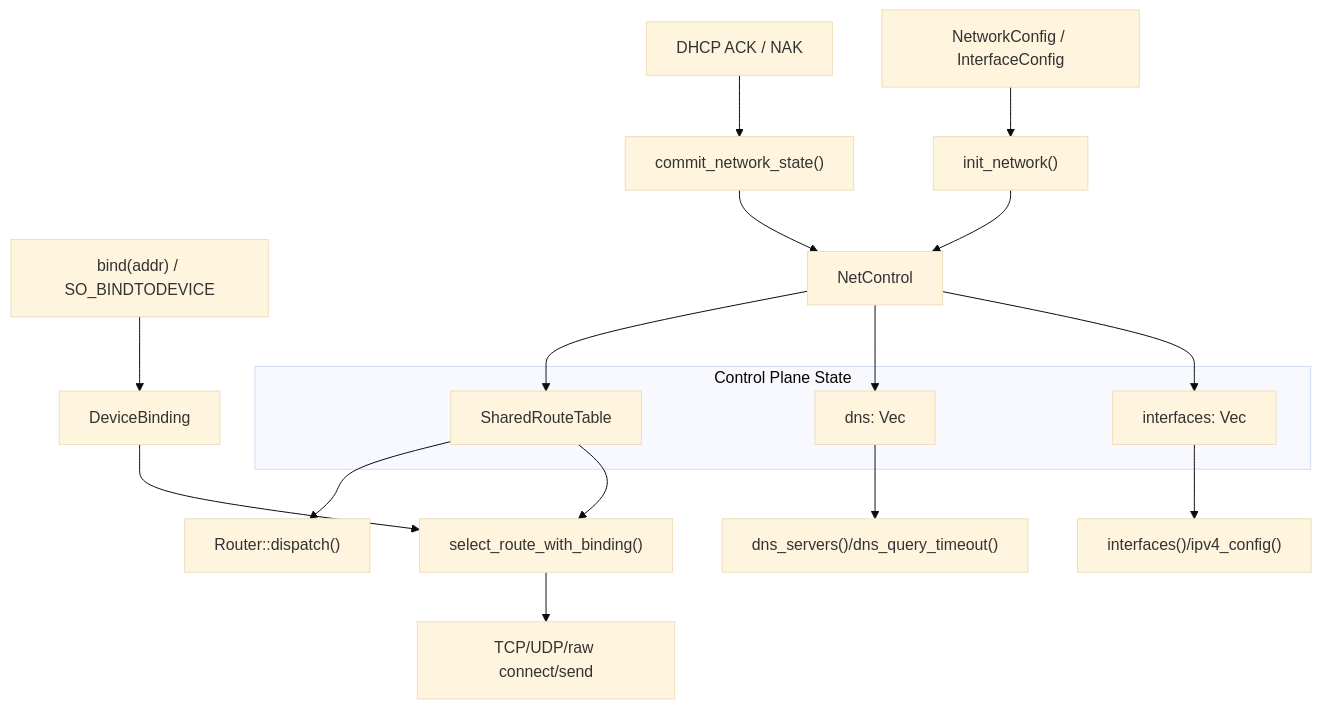
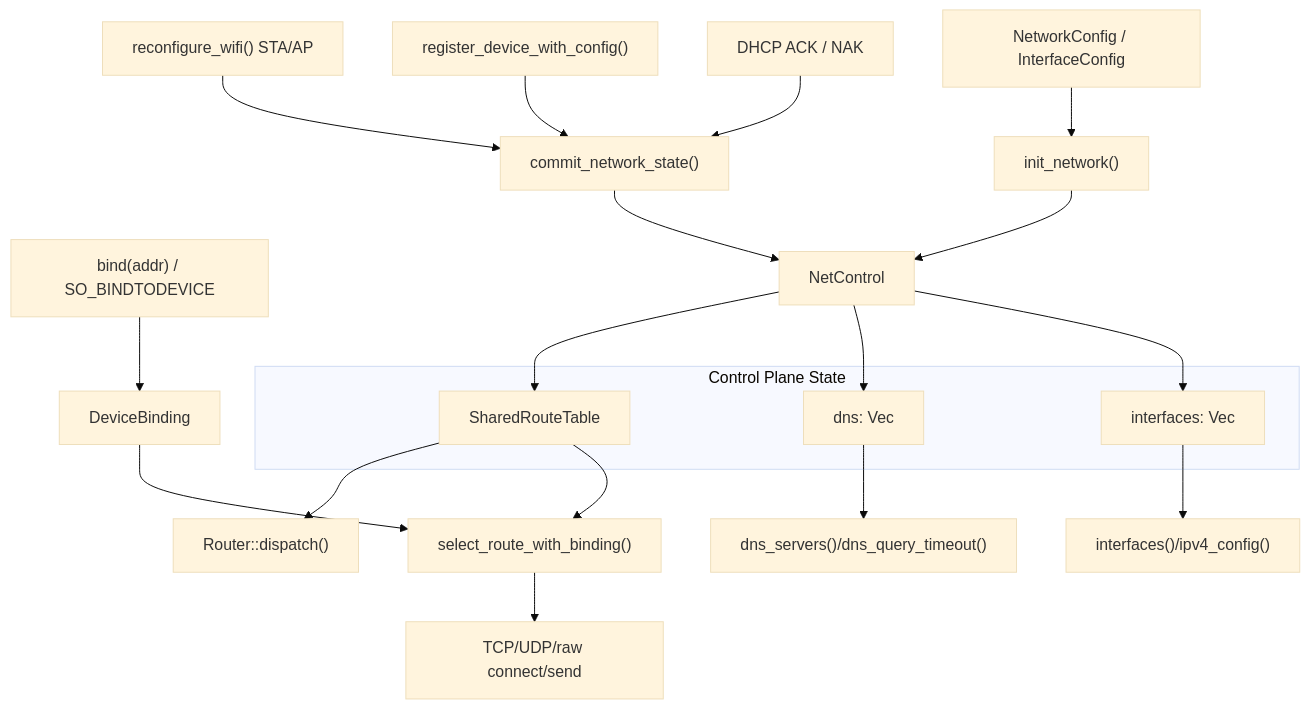
One commit to rcore-os/tgoskits changed the first of 3 diagrams in docs/docs/architecture/net/control.md. Above: the diagram before and after it, drawn with Mermaid (base theme). The commit also changed other lines of this file and 8 other files, not shown here.

````diff
--- a/docs/docs/architecture/net/control.md
+++ b/docs/docs/architecture/net/control.md
@@ -28,26 +28,28 @@
 ```mermaid
 flowchart TB
     Config["NetworkConfig / InterfaceConfig"] --> Init["init_network()"]
     Dhcp["DHCP ACK / NAK"] --> Commit["commit_network_state()"]
+    DynDev["register_device_with_config()"] --> Commit
+    Wifi["reconfigure_wifi() STA/AP"] --> Commit
     Bind["bind(addr) / SO_BINDTODEVICE"] --> Binding["DeviceBinding"]
 
     Init --> Control["NetControl"]
     Commit --> Control
 
     subgraph ControlState["Control Plane State"]
         Ifaces["interfaces: Vec<NetInterface>"]
         Dns["dns: Vec<DnsServerEntry>"]
         Routes["SharedRouteTable"]
     end
 
     Control --> Ifaces
     Control --> Dns
     Control --> Routes
 
     Ifaces --> Query["interfaces()/ipv4_config()"]
     Routes --> RouteLookup["select_route_with_binding()"]
     Dns --> DnsQuery["dns_servers()/dns_query_timeout()"]
     Binding --> RouteLookup
     RouteLookup --> Sockets["TCP/UDP/raw connect/send"]
     Routes --> Dispatch["Router::dispatch()"]
 ```
````
